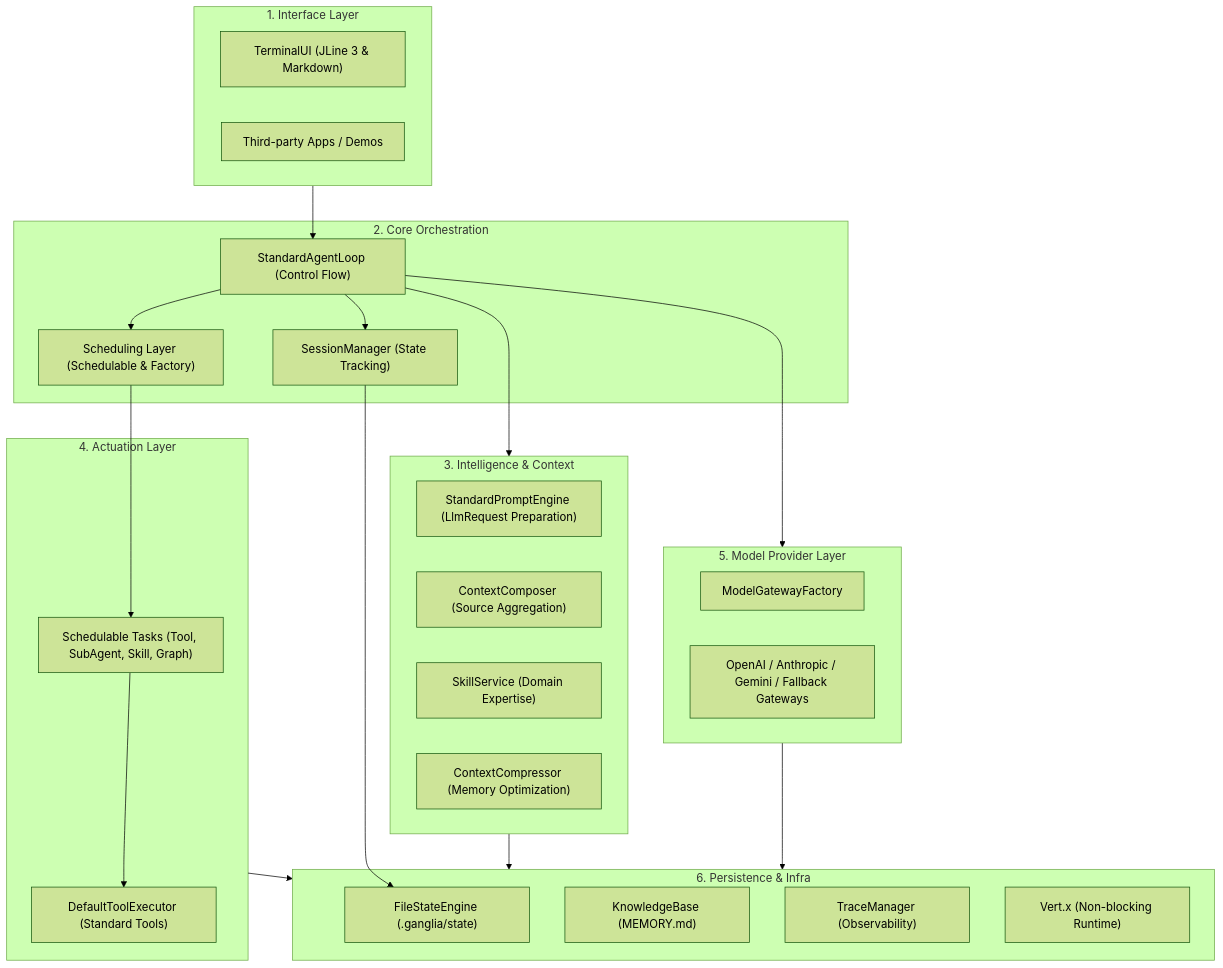
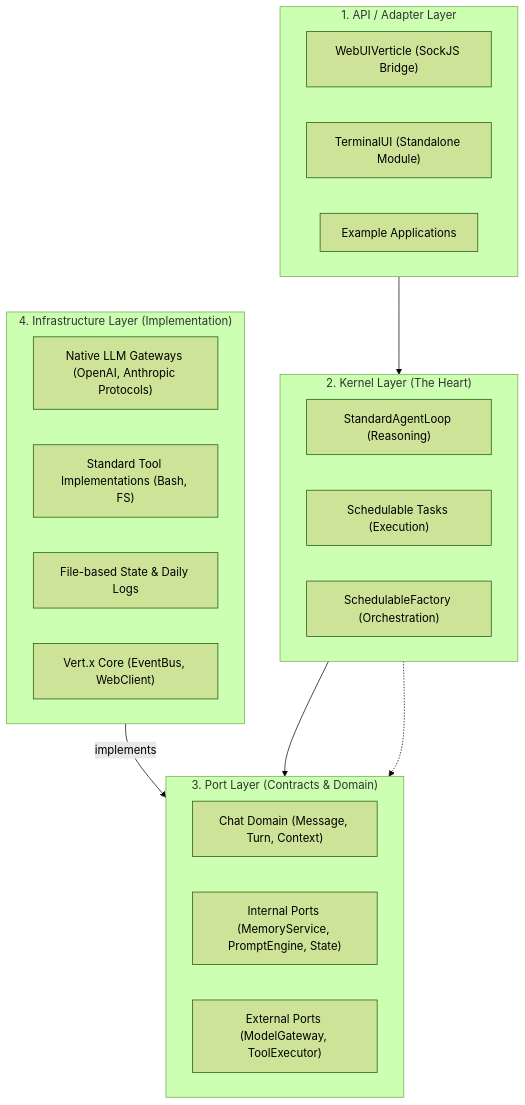
Before and after one commit to stream-iori/ganglia: the diagram in docs/ARCHITECTURE.md, drawn with Mermaid (forest theme). The commit also changed other lines of this file and 16 other files, not shown here.

````diff
--- a/docs/ARCHITECTURE.md
+++ b/docs/ARCHITECTURE.md
@@ -37,49 +36,32 @@
 ```mermaid
 graph TD
-    subgraph UI ["1. Interface Layer"]
-        TUI["TerminalUI (JLine 3 & Markdown)"]
-        App["Third-party Apps / Demos"]
+    subgraph API ["1. API / Adapter Layer"]
+        WebUI["WebUIVerticle (SockJS Bridge)"]
+        TUI["TerminalUI (Standalone Module)"]
+        Demos["Example Applications"]
     end
 
-    subgraph Core ["2. Core Orchestration"]
-        Loop["StandardAgentLoop (Control Flow)"]
-        Sched["Scheduling Layer (Schedulable & Factory)"]
-        Session["SessionManager (State Tracking)"]
+    subgraph Kernel ["2. Kernel Layer (The Heart)"]
+        Loop["StandardAgentLoop (Reasoning)"]
+        Task["Schedulable Tasks (Execution)"]
+        SchedFactory["SchedulableFactory (Orchestration)"]
     end
 
-    subgraph Intel ["3. Intelligence & Context"]
-        Prompt["StandardPromptEngine (LlmRequest Preparation)"]
-        Context["ContextComposer (Source Aggregation)"]
-        Skills["SkillService (Domain Expertise)"]
-        Mem["ContextCompressor (Memory Optimization)"]
+    subgraph Port ["3. Port Layer (Contracts & Domain)"]
+        Chat["Chat Domain (Message, Turn, Context)"]
+        IntPorts["Internal Ports (MemoryService, PromptEngine, State)"]
+        ExtPorts["External Ports (ModelGateway, ToolExecutor)"]
     end
 
-    subgraph Action ["4. Actuation Layer"]
-        Tasks["Schedulable Tasks (Tool, SubAgent, Skill, Graph)"]
-        Executor["DefaultToolExecutor (Standard Tools)"]
+    subgraph Infra ["4. Infrastructure Layer (Implementation)"]
+        Gateways["Native LLM Gateways (OpenAI, Anthropic Protocols)"]
+        Tools["Standard Tool Implementations (Bash, FS)"]
+        Storage["File-based State & Daily Logs"]
+        Vertx["Vert.x Core (EventBus, WebClient)"]
     end
 
-    subgraph Gateway ["5. Model Provider Layer"]
-        Factory["ModelGatewayFactory"]
-        Providers["OpenAI / Anthropic / Gemini / Fallback Gateways"]
-    end
-
-    subgraph Data ["6. Persistence & Infra"]
-        State["FileStateEngine (.ganglia/state)"]
-        KB["KnowledgeBase (MEMORY.md)"]
-        Trace["TraceManager (Observability)"]
-        Vertx["Vert.x (Non-blocking Runtime)"]
-    end
-
-    UI --> Loop
-    Loop --> Sched
-    Sched --> Tasks
-    Tasks --> Executor
-    Loop --> Session
-    Loop --> Intel
-    Intel --> Data
-    Action --> Data
-    Loop --> Gateway
-    Gateway --> Data
-    Session --> State
+    API --> Kernel
+    Kernel --> Port
+    Infra -- implements --> Port
+    Kernel -.-> Port
 ```
````
